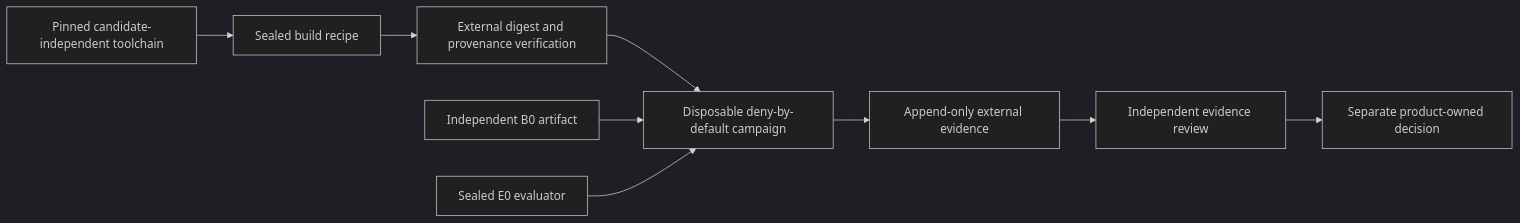
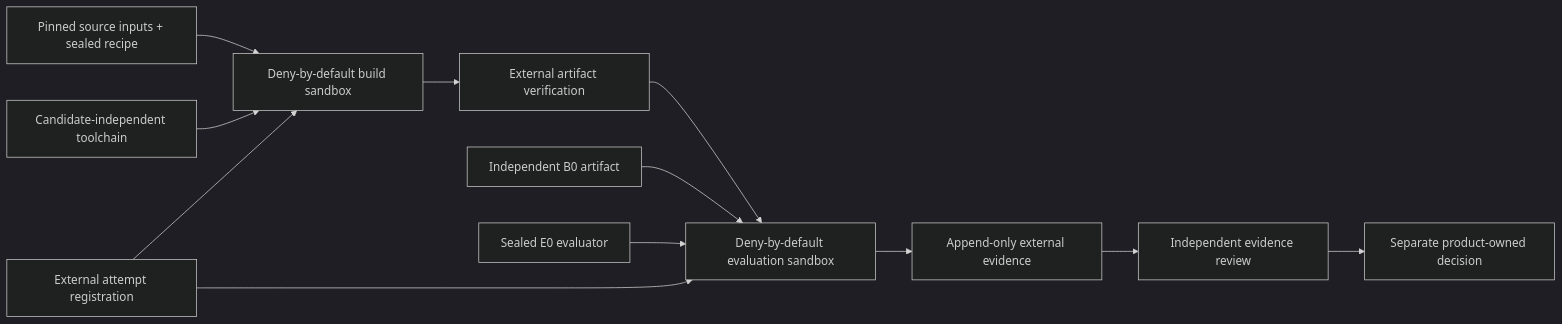
The second of 2 diagrams in docs/architecture/module-system-dogfooding.md (agent-teams-ai/extension-foundation), drawn with Mermaid (dark theme) before and after one commit. The commit also changed other lines of this file, not shown here.

Commit message:
docs(architecture): close dogfooding review gaps

````diff
--- a/docs/architecture/module-system-dogfooding.md
+++ b/docs/architecture/module-system-dogfooding.md
@@ -142,11 +154,14 @@
 ```mermaid
 flowchart LR
-    Toolchain["Pinned candidate-independent toolchain"] --> Build["Sealed build recipe"]
-    Build --> Verify["External digest and provenance verification"]
-    Verify --> Sandbox["Disposable deny-by-default campaign"]
-    Baseline["Independent B0 artifact"] --> Sandbox
-    Evaluation["Sealed E0 evaluator"] --> Sandbox
-    Sandbox --> Evidence["Append-only external evidence"]
+    Inputs["Pinned source inputs + sealed recipe"] --> BuildSandbox["Deny-by-default build sandbox"]
+    Toolchain["Candidate-independent toolchain"] --> BuildSandbox
+    Custody["External attempt registration"] --> BuildSandbox
+    BuildSandbox --> Verify["External artifact verification"]
+    Verify --> EvalSandbox["Deny-by-default evaluation sandbox"]
+    Baseline["Independent B0 artifact"] --> EvalSandbox
+    Evaluation["Sealed E0 evaluator"] --> EvalSandbox
+    Custody --> EvalSandbox
+    EvalSandbox --> Evidence["Append-only external evidence"]
     Evidence --> Review["Independent evidence review"]
     Review --> Decision["Separate product-owned decision"]
 ```
````
